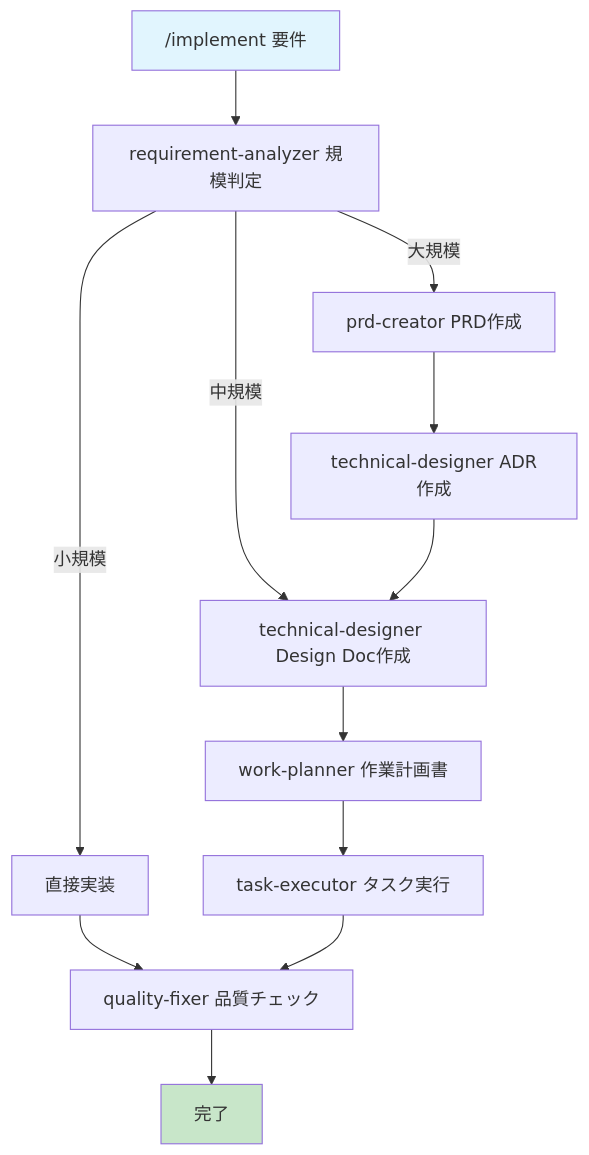
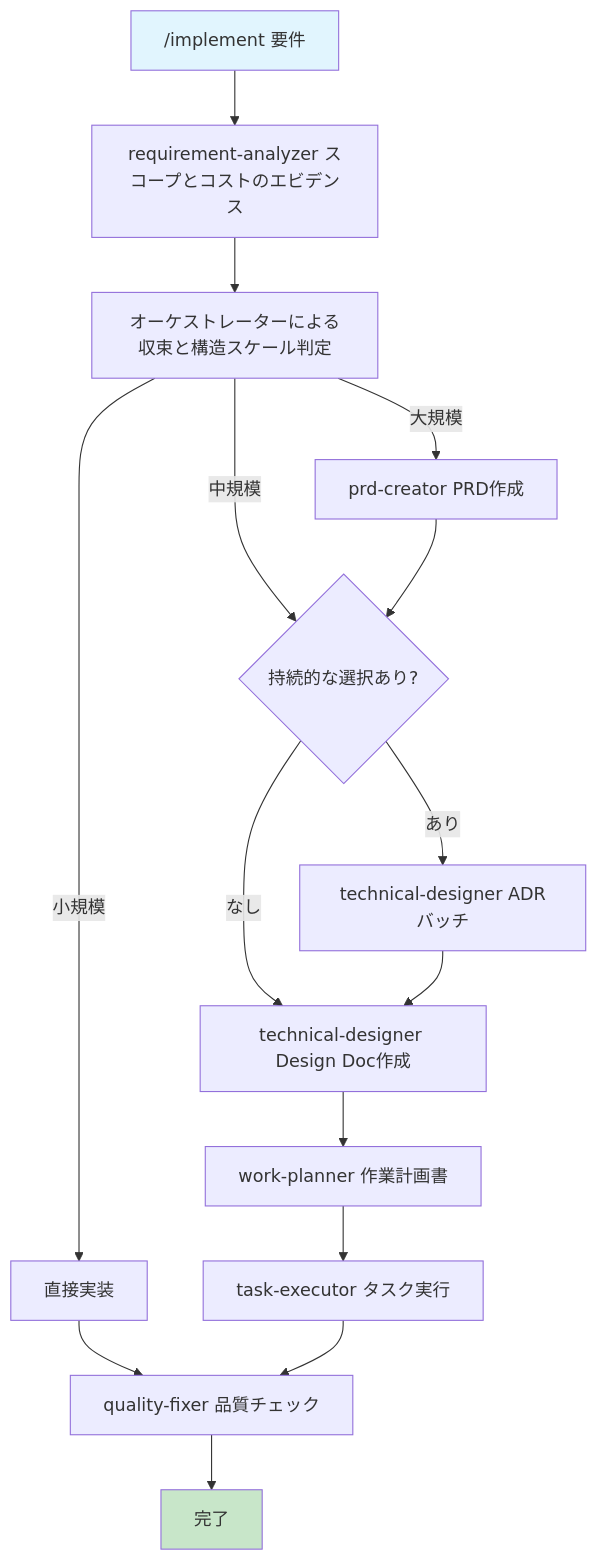
One commit to shinpr/ai-coding-project-boilerplate changed the second of 2 diagrams in docs/guides/ja/use-cases.md. Above: the diagram before and after it, drawn with Mermaid. The commit also changed other lines of this file and 63 other files, not shown here.

````diff
--- a/docs/guides/ja/use-cases.md
+++ b/docs/guides/ja/use-cases.md
@@ -27,18 +27,21 @@
 ```mermaid
 graph TD
-    Start["/implement 要件"] --> RA["requirement-analyzer 規模判定"]
-    RA -->|小規模| Direct[直接実装]
-    RA -->|中規模| TD["technical-designer Design Doc作成"]
-    RA -->|大規模| PRD["prd-creator PRD作成"]
+    Start["/implement 要件"] --> RA["requirement-analyzer スコープとコストのエビデンス"]
+    RA --> SJ["オーケストレーターによる収束と構造スケール判定"]
+    SJ -->|小規模| Direct[直接実装]
+    SJ -->|中規模| ADR{持続的な選択あり?}
+    SJ -->|大規模| PRD["prd-creator PRD作成"]
     
-    PRD --> ADR["technical-designer ADR作成"]
-    ADR --> TD
+    PRD --> ADR
+    ADR -->|あり| ADRD["technical-designer ADRバッチ"]
+    ADR -->|なし| TD["technical-designer Design Doc作成"]
+    ADRD --> TD
     TD --> WP["work-planner 作業計画書"]
     WP --> TE["task-executor タスク実行"]
     Direct --> QF["quality-fixer 品質チェック"]
     TE --> QF
     QF --> End[完了]
     
     style Start fill:#e1f5fe
     style End fill:#c8e6c9
 ```
````
